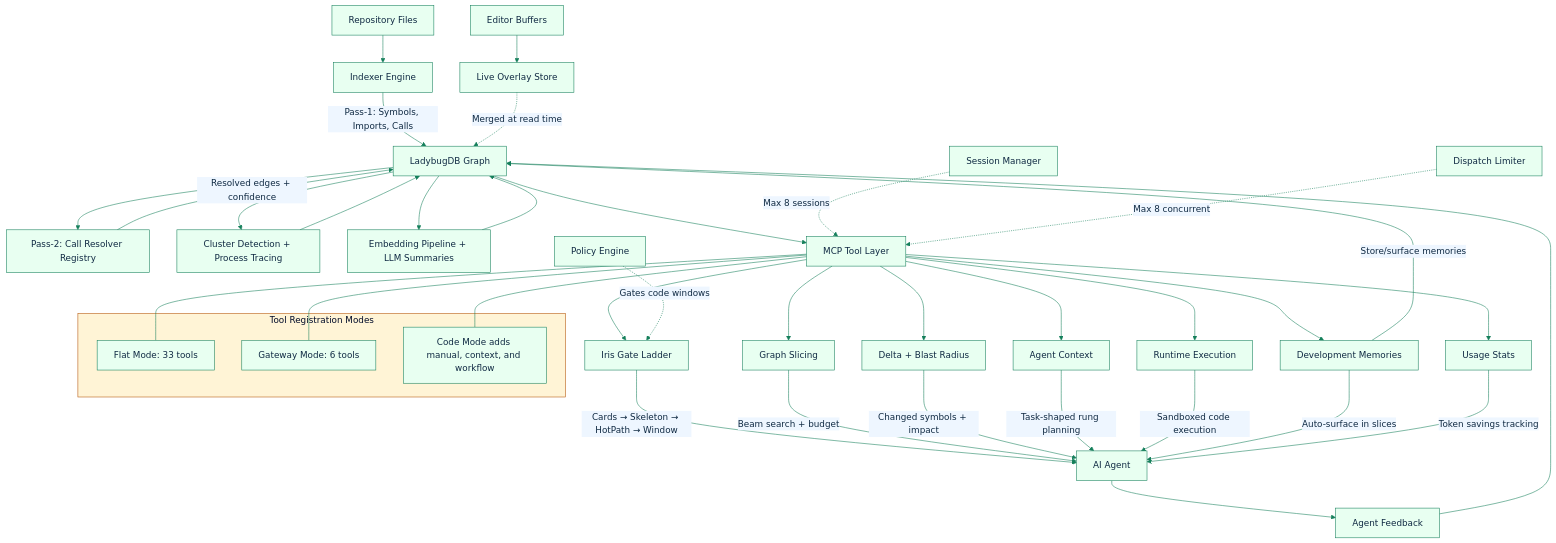
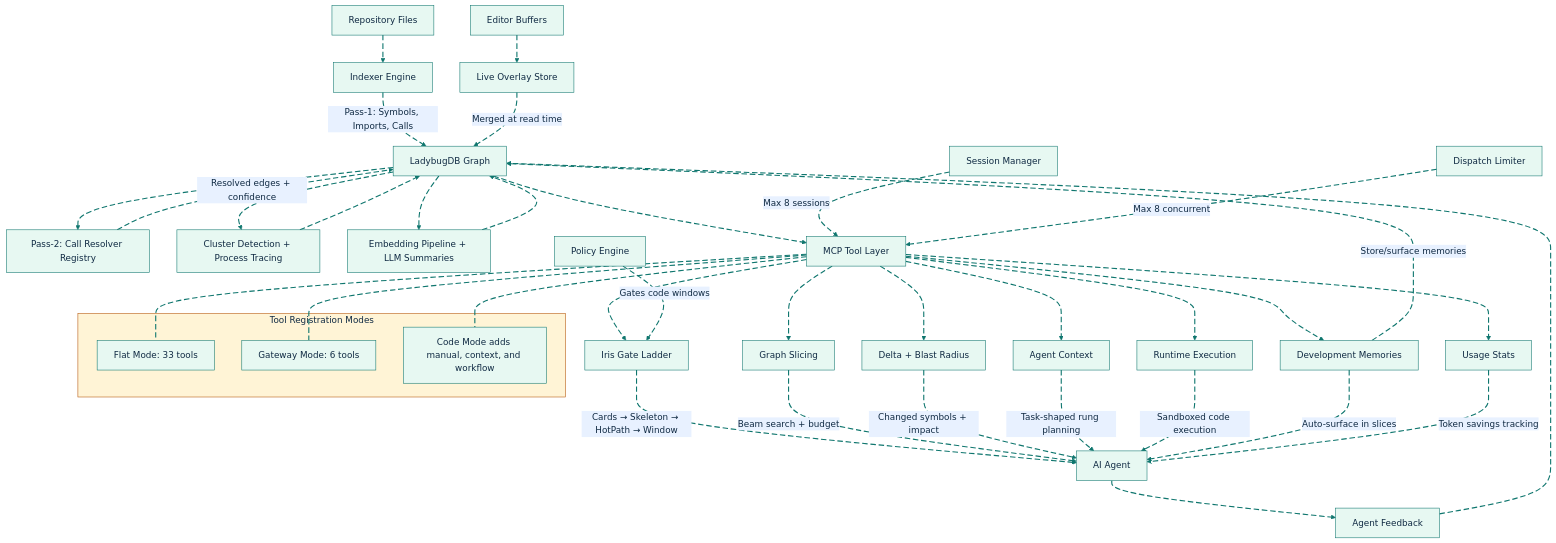
Before and after one commit to GlitterKill/sdl-mcp: diagram 14 of 14 in docs/architecture.md, drawn with Mermaid. The commit also changed other lines of this file and 33 other files, not shown here.

First line of the commit message:
docs: update mermaid diagram themes and styling across documentation

````diff
--- a/docs/architecture.md
+++ b/docs/architecture.md
@@ -561,58 +692,67 @@
 ```mermaid
-%%{init: {"theme":"base","themeVariables":{"primaryColor":"#e8fff1","primaryBorderColor":"#157f5b","primaryTextColor":"#102a43","secondaryColor":"#eef6ff","secondaryBorderColor":"#2563eb","tertiaryColor":"#fff4d6","tertiaryBorderColor":"#b45309","lineColor":"#157f5b","fontFamily":"Trebuchet MS, Arial"},"flowchart":{"curve":"basis"}}}%%
+%%{init: {"theme":"base","themeVariables":{"background":"#ffffff","primaryColor":"#E7F8F2","primaryBorderColor":"#0F766E","primaryTextColor":"#102A43","secondaryColor":"#E8F1FF","secondaryBorderColor":"#2563EB","secondaryTextColor":"#102A43","tertiaryColor":"#FFF4D6","tertiaryBorderColor":"#B45309","tertiaryTextColor":"#102A43","lineColor":"#0F766E","textColor":"#102A43","fontFamily":"Inter, ui-sans-serif, system-ui, -apple-system, BlinkMacSystemFont, Segoe UI, sans-serif"},"flowchart":{"curve":"basis","htmlLabels":true}}}%%
 graph TD
-    A[Repository Files] --> B[Indexer Engine]
-    B --> |Pass-1: Symbols, Imports, Calls| C[LadybugDB Graph]
+    A[Repository Files] e1@--> B[Indexer Engine]
+    B e2@--> |Pass-1: Symbols, Imports, Calls| C[LadybugDB Graph]
 
-    E[Editor Buffers] --> F[Live Overlay Store]
-    F -.-> |Merged at read time| C
+    E[Editor Buffers] e3@--> F[Live Overlay Store]
+    F e4@-.-> |Merged at read time| C
 
-    C --> G[Pass-2: Call Resolver Registry]
-    G --> |Resolved edges + confidence| C
+    C e5@--> G[Pass-2: Call Resolver Registry]
+    G e6@--> |Resolved edges + confidence| C
 
-    C --> H[Cluster Detection + Process Tracing]
-    H --> C
+    C e7@--> H[Cluster Detection + Process Tracing]
+    H e8@--> C
 
-    C --> I[Embedding Pipeline + LLM Summaries]
-    I --> C
+    C e9@--> I[Embedding Pipeline + LLM Summaries]
+    I e10@--> C
 
-    C --> J[MCP Tool Layer]
+    C e11@--> J[MCP Tool Layer]
 
     subgraph Tool Registration Modes
         J1[Flat Mode: 33 tools]
         J2[Gateway Mode: 6 tools]
         J3[Code Mode adds manual, context, and workflow]
     end
-    J --- J1
-    J --- J2
-    J --- J3
+    J e12@--- J1
+    J e13@--- J2
+    J e14@--- J3
 
-    J --> K[Iris Gate Ladder]
-    K --> |Cards → Skeleton → HotPath → Window| L[AI Agent]
+    J e15@--> K[Iris Gate Ladder]
+    K e16@--> |Cards → Skeleton → HotPath → Window| L[AI Agent]
 
-    J --> M[Graph Slicing]
-    M --> |Beam search + budget| L
+    J e17@--> M[Graph Slicing]
+    M e18@--> |Beam search + budget| L
 
-    J --> N[Delta + Blast Radius]
-    N --> |Changed symbols + impact| L
+    J e19@--> N[Delta + Blast Radius]
+    N e20@--> |Changed symbols + impact| L
 
-    J --> O[Agent Context]
-    O --> |Task-shaped rung planning| L
+    J e21@--> O[Agent Context]
+    O e22@--> |Task-shaped rung planning| L
 
-    J --> U[Runtime Execution]
-    U --> |Sandboxed code execution| L
+    J e23@--> U[Runtime Execution]
+    U e24@--> |Sandboxed code execution| L
 
-    L --> P[Agent Feedback]
-    P --> C
+    L e25@--> P[Agent Feedback]
+    P e26@--> C
 
-    J --> T[Development Memories]
-    T --> |Store/surface memories| C
-    T --> |Auto-surface in slices| L
+    J e27@--> T[Development Memories]
+    T e28@--> |Store/surface memories| C
+    T e29@--> |Auto-surface in slices| L
 
-    J --> V[Usage Stats]
-    V --> |Token savings tracking| L
+    J e30@--> V[Usage Stats]
+    V e31@--> |Token savings tracking| L
 
-    Q[Policy Engine] -.-> |Gates code windows| K
-    R[Session Manager] -.-> |Max 8 sessions| J
-    S[Dispatch Limiter] -.-> |Max 8 concurrent| J
+    Q[Policy Engine] e32@-.-> |Gates code windows| K
+    R[Session Manager] e33@-.-> |Max 8 sessions| J
+    S[Dispatch Limiter] e34@-.-> |Max 8 concurrent| J
+
+    classDef source fill:#E7F8F2,stroke:#0F766E,stroke-width:2px,color:#102A43;
+    classDef process fill:#E8F1FF,stroke:#2563EB,stroke-width:2px,color:#102A43;
+    classDef decision fill:#FFF4D6,stroke:#B45309,stroke-width:2px,color:#102A43;
+    classDef storage fill:#F2E8FF,stroke:#7C3AED,stroke-width:2px,color:#102A43;
+    classDef output fill:#FFE8EF,stroke:#BE123C,stroke-width:2px,color:#102A43;
+    classDef muted fill:#F8FAFC,stroke:#64748B,stroke-width:1px,color:#102A43;
+    classDef animate stroke:#0F766E,stroke-width:2px,stroke-dasharray:10\,5,stroke-dashoffset:900,animation:dash 22s linear infinite;
+    class e1,e2,e3,e4,e5,e6,e7,e8,e9,e10,e11,e12,e13,e14,e15,e16,e17,e18,e19,e20,e21,e22,e23,e24,e25,e26,e27,e28,e29,e30,e31,e32,e33,e34 animate;
 ```
````
